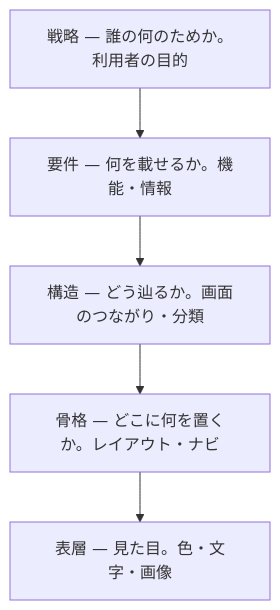
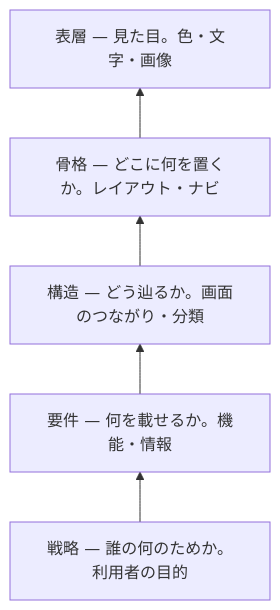
Before and after one commit to ozaki25/web-front-training-ozaki25: the diagram in docs/drafts/172/index.md, drawn with Mermaid. The commit also changed other lines of this file, not shown here.

First line of the commit message:
172 review-lesson 反映: 図の向き修正ほか

````diff
--- a/docs/drafts/172/index.md
+++ b/docs/drafts/172/index.md
@@ -23,9 +23,9 @@
 ```mermaid
-flowchart TB
+flowchart BT
+  s1["戦略 — 誰の何のためか。利用者の目的"]
+  s2["要件 — 何を載せるか。機能・情報"]
+  s3["構造 — どう辿るか。画面のつながり・分類"]
+  s4["骨格 — どこに何を置くか。レイアウト・ナビ"]
   s5["表層 — 見た目。色・文字・画像"]
-  s4["骨格 — どこに何を置くか。レイアウト・ナビ"]
-  s3["構造 — どう辿るか。画面のつながり・分類"]
-  s2["要件 — 何を載せるか。機能・情報"]
-  s1["戦略 — 誰の何のためか。利用者の目的"]
   s1 --> s2 --> s3 --> s4 --> s5
 ```
````
